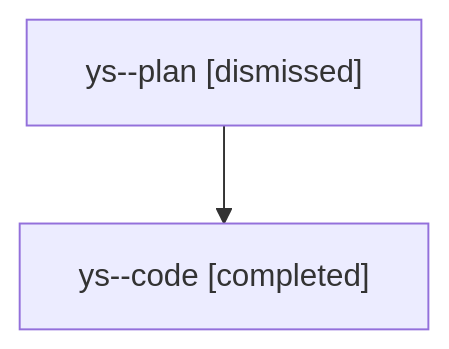
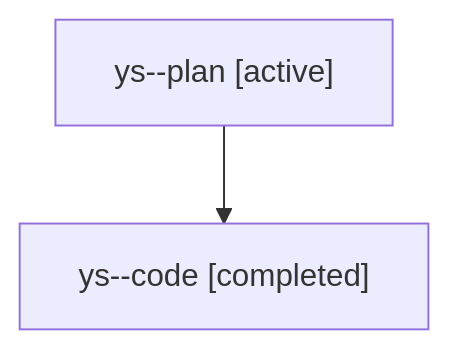
One commit to sase-org/sase--agents changed the diagram in families/bbugyi200.athena.ys.md. Above: the diagram before and after it, drawn with Mermaid. The commit also changed other lines of this file and 35830 other files, not shown here.

````diff
--- a/families/bbugyi200.athena.ys.md
+++ b/families/bbugyi200.athena.ys.md
@@ -9,6 +9,6 @@
 ```mermaid
 flowchart TD
-  n0["ys--plan [dismissed]"]
+  n0["ys--plan [active]"]
   n1["ys--code [completed]"]
   n0 --> n1
 ```
````
